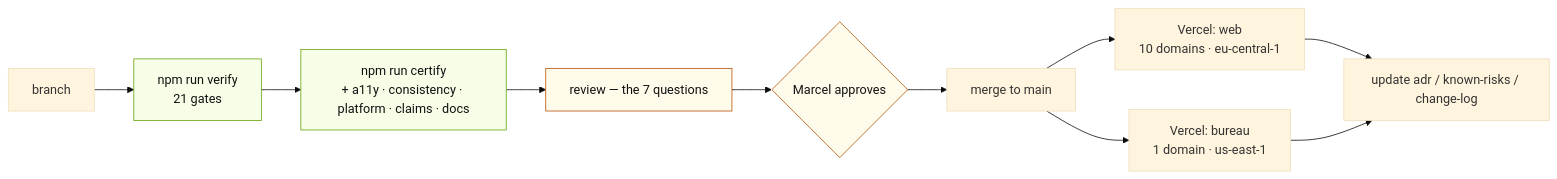
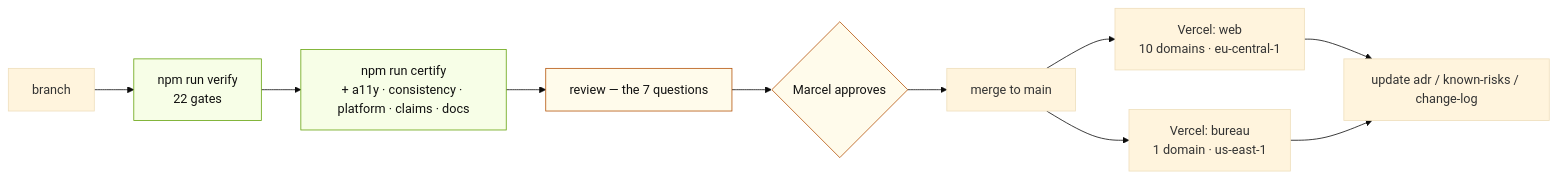
Before and after one commit to buddy1974/maxpromo.digital: the eighth of 10 diagrams in docs/architecture/diagrams.md, drawn with Mermaid (base theme). The commit also changed 18 other files, not shown here.

````diff
--- a/docs/architecture/diagrams.md
+++ b/docs/architecture/diagrams.md
@@ -276,19 +276,19 @@
 ```mermaid
 flowchart LR
-  BR["branch"] --> V["npm run verify<br/>21 gates"]
+  BR["branch"] --> V["npm run verify<br/>22 gates"]
   V --> C["npm run certify<br/>+ a11y · consistency · platform · claims · docs"]
   C --> REV["review — the 7 questions"]
   REV --> APP{"Marcel approves"}
   APP --> MERGE["merge to main"]
 
   MERGE --> VW["Vercel: web<br/>10 domains · eu-central-1"]
   MERGE --> VB["Vercel: bureau<br/>1 domain · us-east-1"]
 
   VW --> DOC["update adr / known-risks / change-log"]
   VB --> DOC
 
   classDef gate fill:#F7FEE7,stroke:#65A30D,color:#111111
   classDef human fill:#FFFBEB,stroke:#B45309,color:#111111
   class V,C gate
   class REV,APP human
 ```
````
